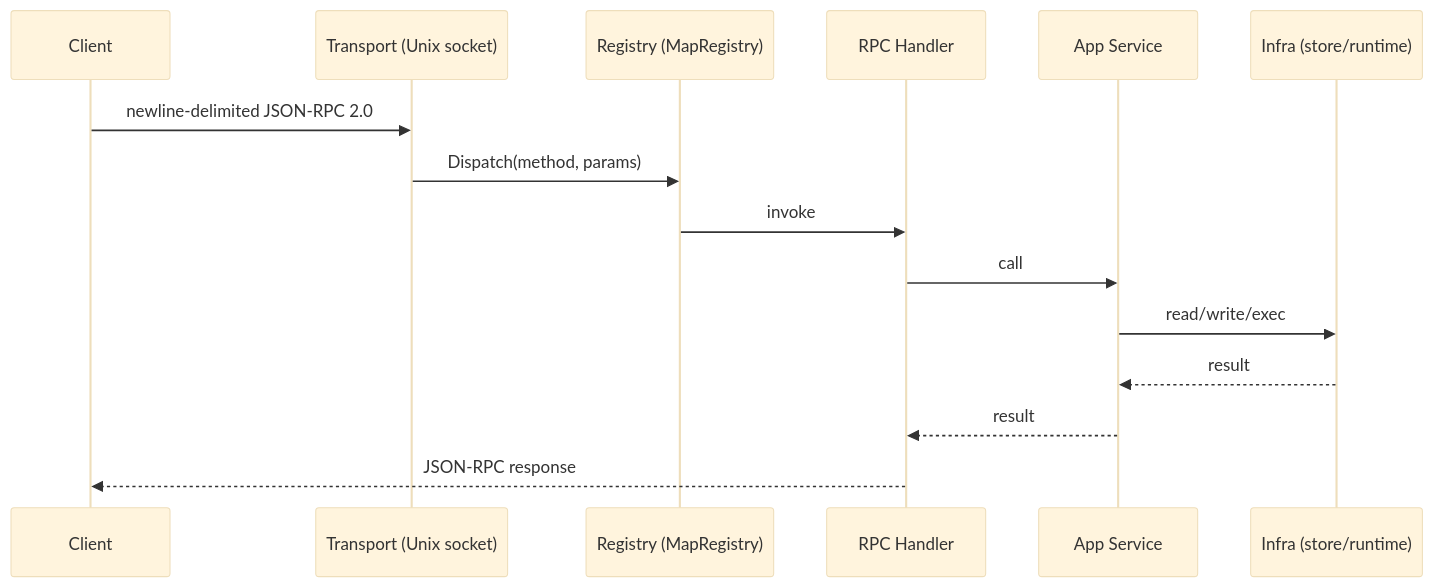
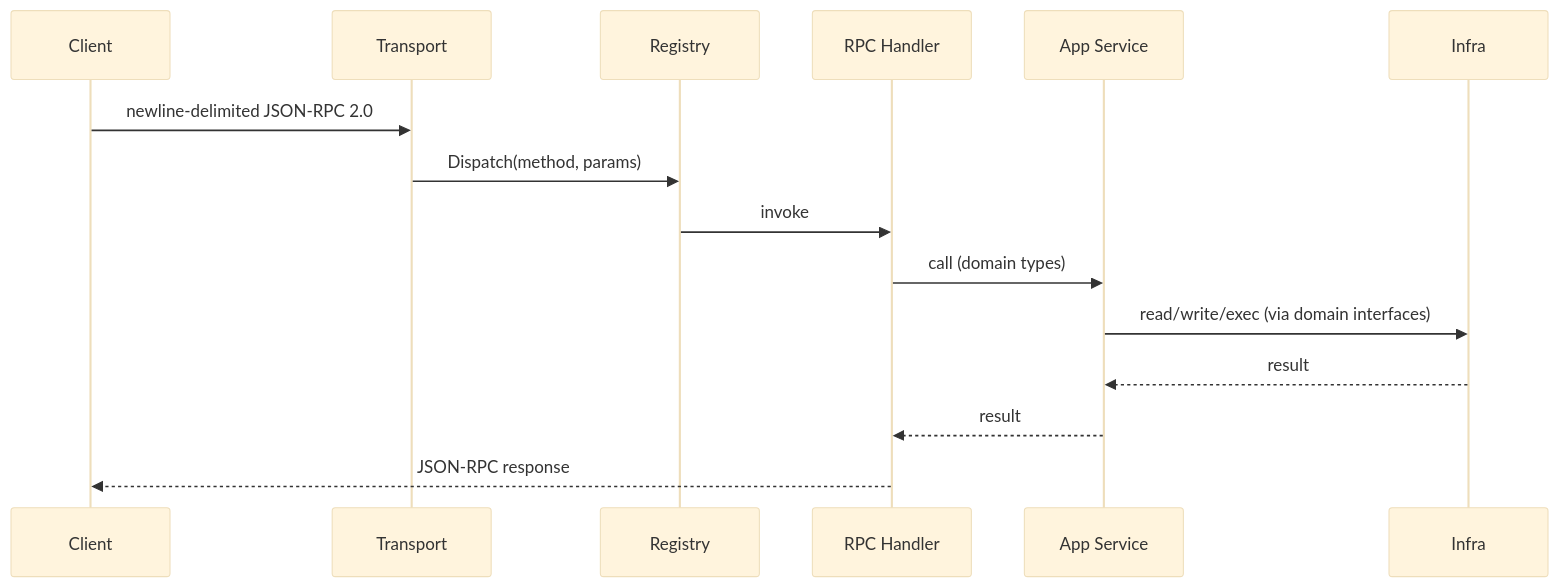
The second of 2 diagrams in ARCHITECTURE.md (oursky/nexus), drawn with Mermaid (base theme) before and after one commit. The commit also changed other lines of this file and 156 other files, not shown here.

Commit message:
refactor(nexus): consolidate to internal/ architecture with cobra CLI migration

````diff
--- a/ARCHITECTURE.md
+++ b/ARCHITECTURE.md
@@ -89,18 +248,18 @@
 ```mermaid
 sequenceDiagram
     participant Client
-    participant Transport (Unix socket)
-    participant Registry (MapRegistry)
+    participant Transport
+    participant Registry
     participant RPC Handler
     participant App Service
-    participant Infra (store/runtime)
+    participant Infra
 
-    Client->>Transport (Unix socket): newline-delimited JSON-RPC 2.0
-    Transport (Unix socket)->>Registry (MapRegistry): Dispatch(method, params)
-    Registry (MapRegistry)->>RPC Handler: invoke
-    RPC Handler->>App Service: call
-    App Service->>Infra (store/runtime): read/write/exec
-    Infra (store/runtime)-->>App Service: result
+    Client->>Transport: newline-delimited JSON-RPC 2.0
+    Transport->>Registry: Dispatch(method, params)
+    Registry->>RPC Handler: invoke
+    RPC Handler->>App Service: call (domain types)
+    App Service->>Infra: read/write/exec (via domain interfaces)
+    Infra-->>App Service: result
     App Service-->>RPC Handler: result
     RPC Handler-->>Client: JSON-RPC response
 ```
````
